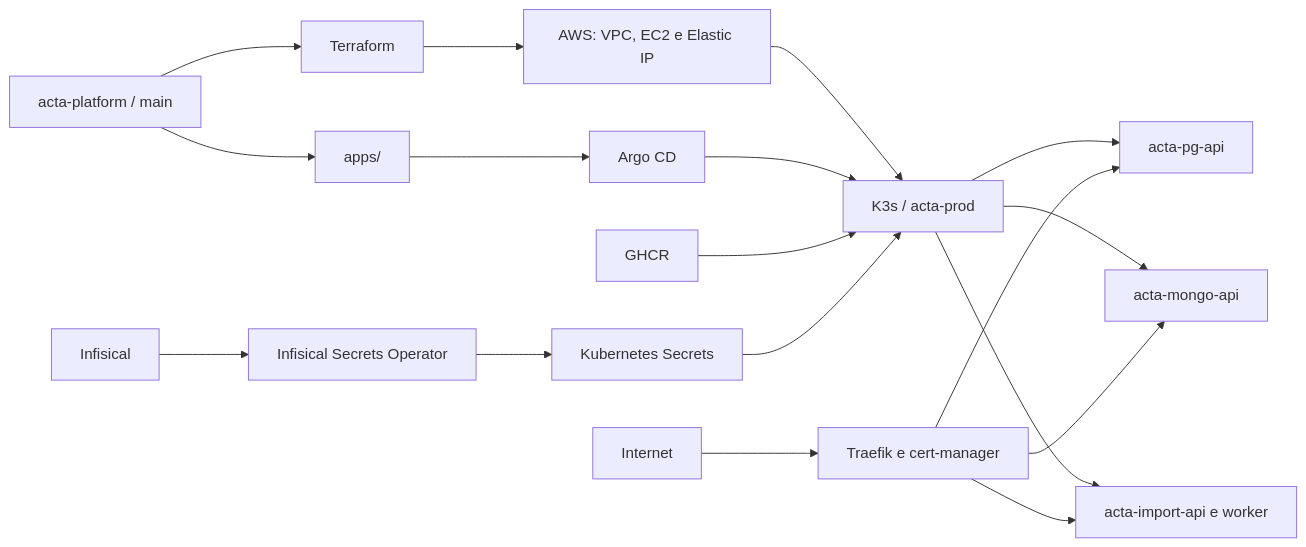
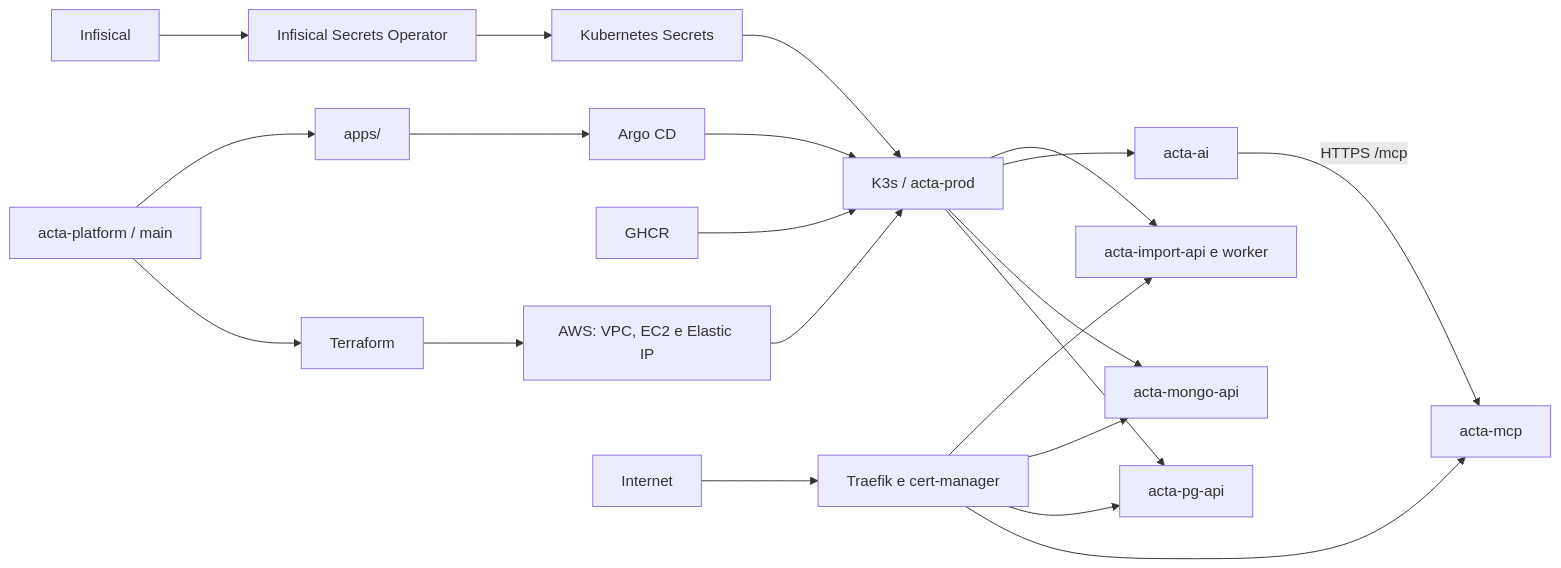
One commit to AppActa/acta-platform changed the second of 2 diagrams in README.md. Above: the diagram before and after it, drawn with Mermaid. The commit also changed other lines of this file and 1 other file, not shown here.

Commit message:
feat: adiciona guia de implantação detalhado para a plataforma ACTA

````diff
--- a/README.md
+++ b/README.md
@@ -156,24 +158,27 @@
 ```mermaid
 flowchart LR
     R[acta-platform / main] --> T[Terraform]
     T --> AWS[AWS: VPC, EC2 e Elastic IP]
     AWS --> K3S[K3s / acta-prod]
 
     R --> A[apps/]
     A --> CD[Argo CD]
     CD --> K3S
 
     GHCR[GHCR] --> K3S
     INF[Infisical] --> OP[Infisical Secrets Operator]
     OP --> SEC[Kubernetes Secrets]
     SEC --> K3S
 
     K3S --> PG[acta-pg-api]
     K3S --> MG[acta-mongo-api]
+    K3S --> AI[acta-ai]
+    AI  --> |HTTPS /mcp| MCP[acta-mcp]
     K3S --> IM[acta-import-api e worker]
 
     NET[Internet] --> ING[Traefik e cert-manager]
+    ING --> MCP
     ING --> PG
     ING --> MG
     ING --> IM
 ```
````
